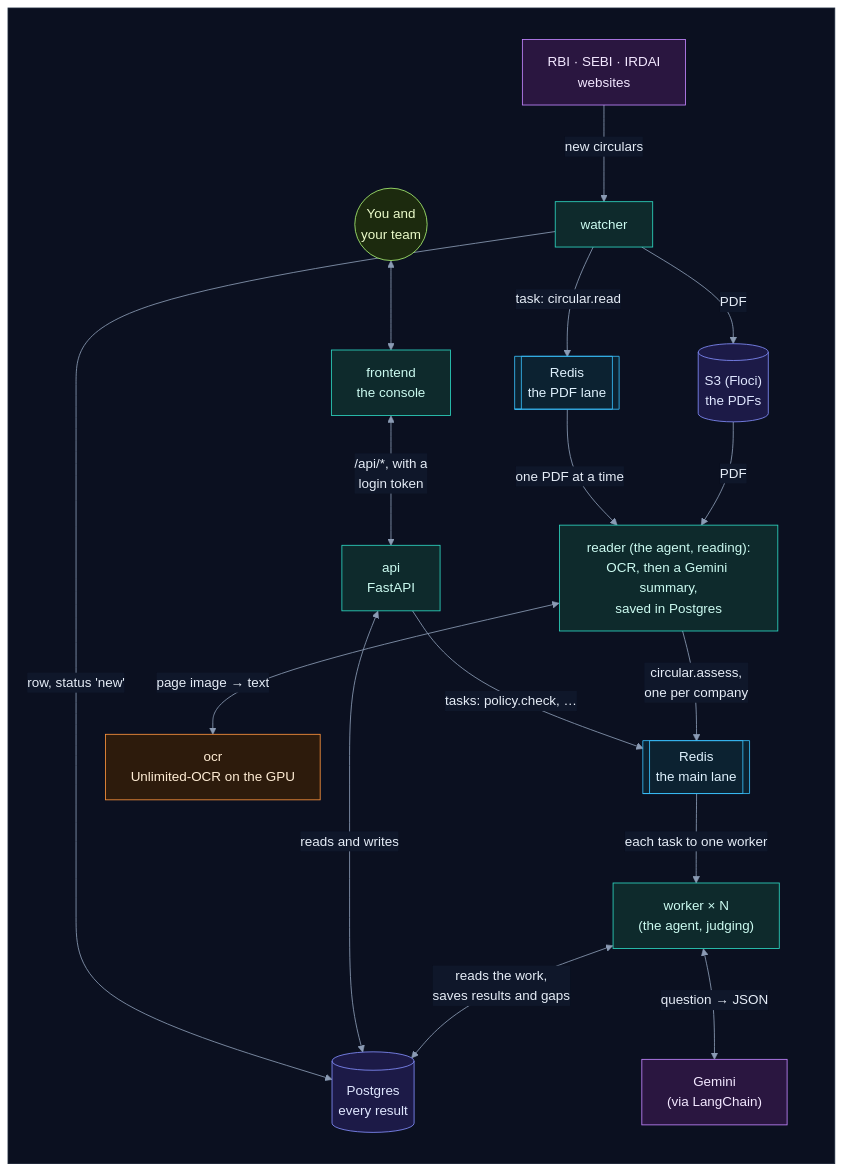
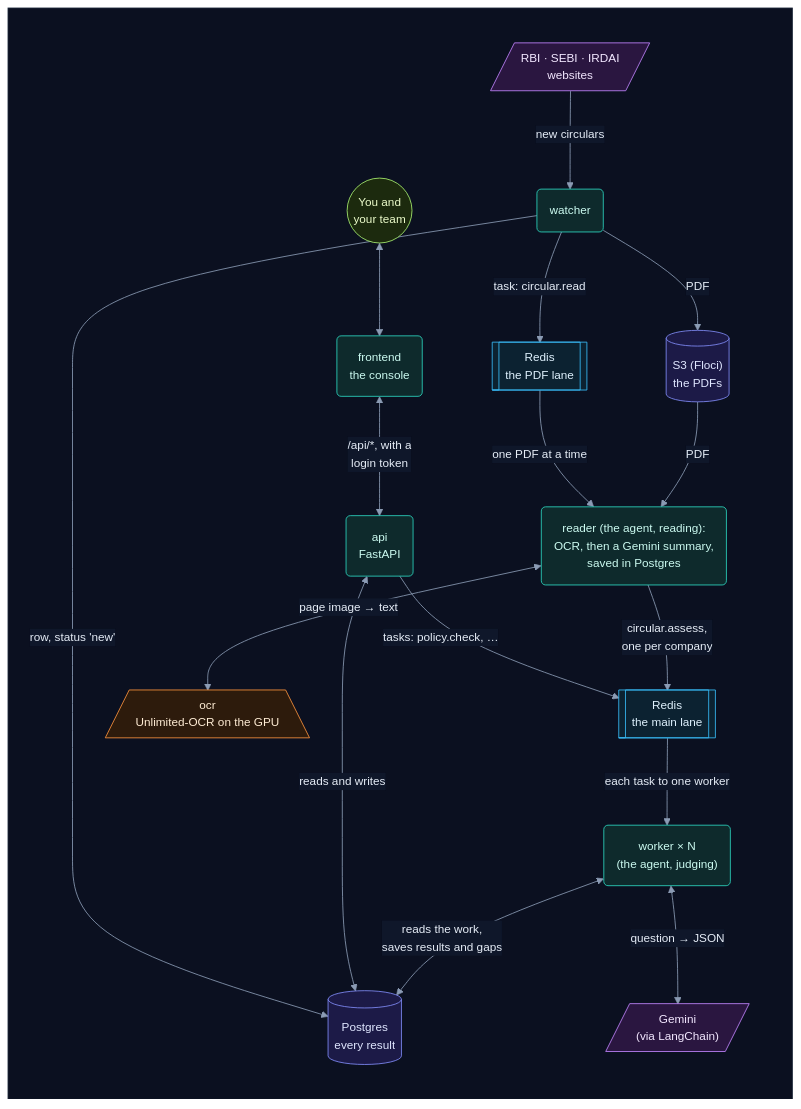
One commit to selvakumarperumal/Regulatory_Circular_Impact_Agent changed the third of 57 diagrams in how_it_works.md. Above: the diagram before and after it, drawn with Mermaid. The commit also changed other lines of this file and 5 other files, not shown here.

Commit message:
Give the docs' flowcharts a shape per kind of part, more room and slightly smaller text

````diff
--- a/how_it_works.md
+++ b/how_it_works.md
@@ -194,39 +194,39 @@
 ```mermaid
-%%{init: {"theme": "base", "flowchart": {"diagramPadding": 0}, "themeVariables": {"darkMode": true, "primaryColor": "#16213a", "primaryTextColor": "#e6edf7", "primaryBorderColor": "#475a7a", "lineColor": "#8b9bb4", "secondaryColor": "#1b2436", "tertiaryColor": "#101a2e", "edgeLabelBackground": "#0f172a", "textColor": "#e2e8f0", "clusterBkg": "#0f1728", "clusterBorder": "#2b3a55", "titleColor": "#c4b5fd", "nodeTextColor": "#e6edf7"}}}%%
+%%{init: {"theme": "base", "flowchart": {"diagramPadding": 0, "nodeSpacing": 58, "rankSpacing": 58, "curve": "basis"}, "themeVariables": {"fontSize": "14px", "darkMode": true, "primaryColor": "#16213a", "primaryTextColor": "#e6edf7", "primaryBorderColor": "#475a7a", "lineColor": "#8b9bb4", "secondaryColor": "#1b2436", "tertiaryColor": "#101a2e", "edgeLabelBackground": "#0f172a", "textColor": "#e2e8f0", "clusterBkg": "#0f1728", "clusterBorder": "#2b3a55", "titleColor": "#c4b5fd", "nodeTextColor": "#e6edf7"}}}%%
 flowchart TD
     subgraph canvas[" "]
         direction TB
-        sites["RBI · SEBI · IRDAI<br/>websites"] -->|"new circulars"| W["watcher"]
-        U(("You and<br/>your team")) <--> F["frontend<br/>the console"]
-        F <-->|"/api/*, with a<br/>login token"| A["api<br/>FastAPI"]
+        sites[/"RBI · SEBI · IRDAI<br/>websites"/] -->|"new circulars"| W("watcher")
+        U(("You and<br/>your team")) <--> F("frontend<br/>the console")
+        F <-->|"/api/*, with a<br/>login token"| A("api<br/>FastAPI")
         W -->|"PDF"| S3[("S3 (Floci)<br/>the PDFs")]
         W -->|"row, status 'new'"| DB[("Postgres<br/>every result")]
         A <-->|"reads and writes"| DB
         W -->|"task: circular.read"| QP[["Redis<br/>the PDF lane"]]
         A -->|"tasks: policy.check, …"| QM[["Redis<br/>the main lane"]]
-        QP -->|"one PDF at a time"| R["reader (the agent, reading):<br/>OCR, then a Gemini summary,<br/>saved in Postgres"]
+        QP -->|"one PDF at a time"| R("reader (the agent, reading):<br/>OCR, then a Gemini summary,<br/>saved in Postgres")
         S3 -->|PDF| R
-        R <-->|"page image → text"| O["ocr<br/>Unlimited-OCR on the GPU"]
+        R <-->|"page image → text"| O[/"ocr<br/>Unlimited-OCR on the GPU"\]
         R -->|"circular.assess,<br/>one per company"| QM
-        QM -->|"each task to one worker"| K["worker × N<br/>(the agent, judging)"]
-        K <-->|"question → JSON"| G["Gemini<br/>(via LangChain)"]
+        QM -->|"each task to one worker"| K("worker × N<br/>(the agent, judging)")
+        K <-->|"question → JSON"| G[/"Gemini<br/>(via LangChain)"/]
         K <-->|"reads the work,<br/>saves results and gaps"| DB
     end
     classDef svc fill:#0e2a2c,stroke:#2dd4bf,color:#ccfbf1
     classDef data fill:#1c1a47,stroke:#818cf8,color:#e0e7ff
     classDef ext fill:#2a1640,stroke:#c084fc,color:#f3e8ff
     classDef gpu fill:#2d1b0c,stroke:#fb923c,color:#ffedd5
     classDef ask fill:#2a2410,stroke:#fbbf24,color:#fef3c7
     classDef ok fill:#0b2a1c,stroke:#34d399,color:#d1fae5
     classDef bad fill:#2e0f17,stroke:#fb7185,color:#ffe4e6
     classDef start fill:#1c2a0e,stroke:#a7ef6f,color:#ecfccb
     classDef muted fill:#1a2130,stroke:#64748b,color:#cbd5e1
     classDef queue fill:#0c2231,stroke:#38bdf8,color:#e0f2fe
     class W,R,K,A,F svc
     class S3,DB data
     class QP,QM queue
     class sites,G ext
     class O gpu
     class U start
     style canvas fill:#0b1020,stroke:#1e293b,color:#0b1020
 ```
````
